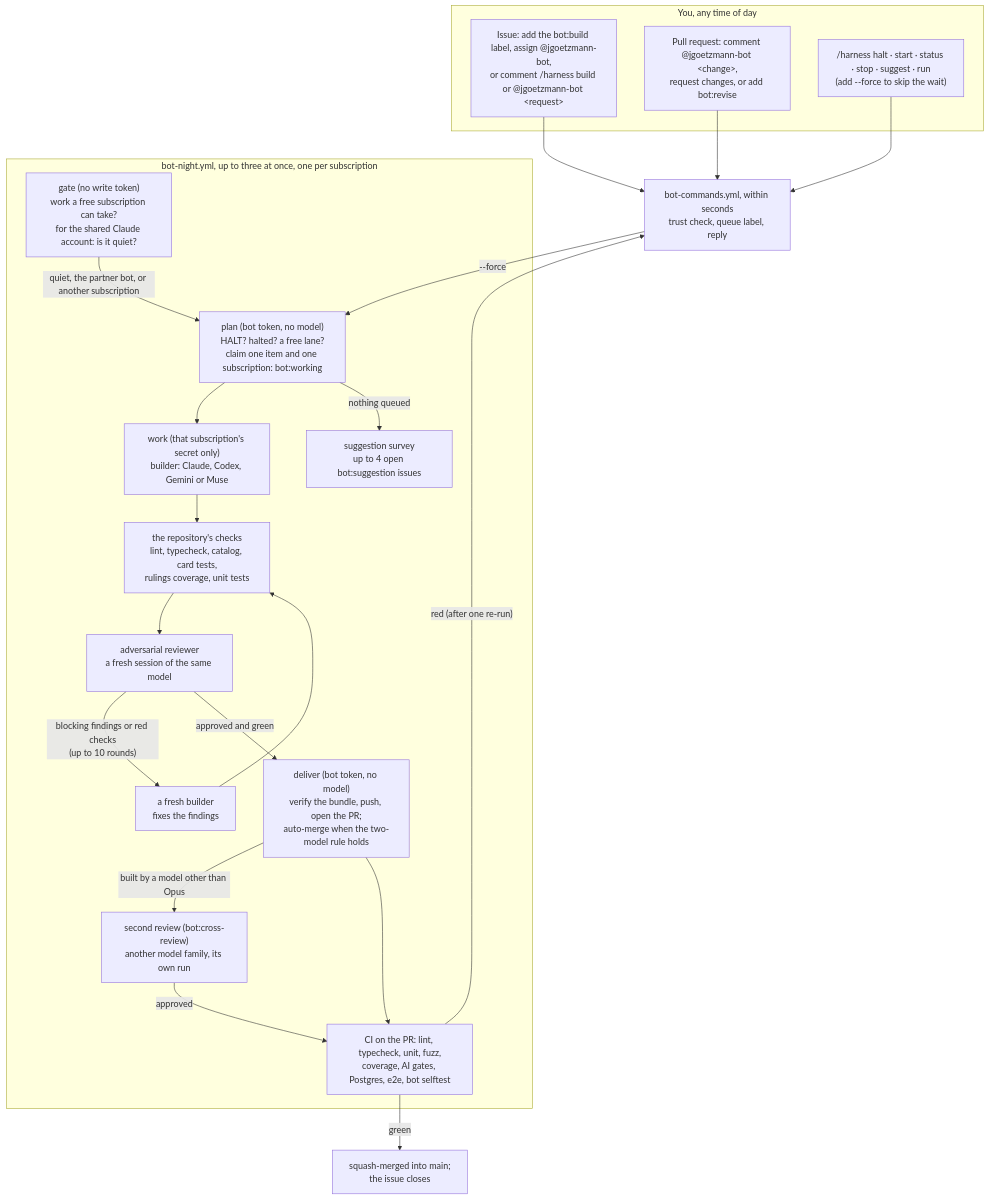
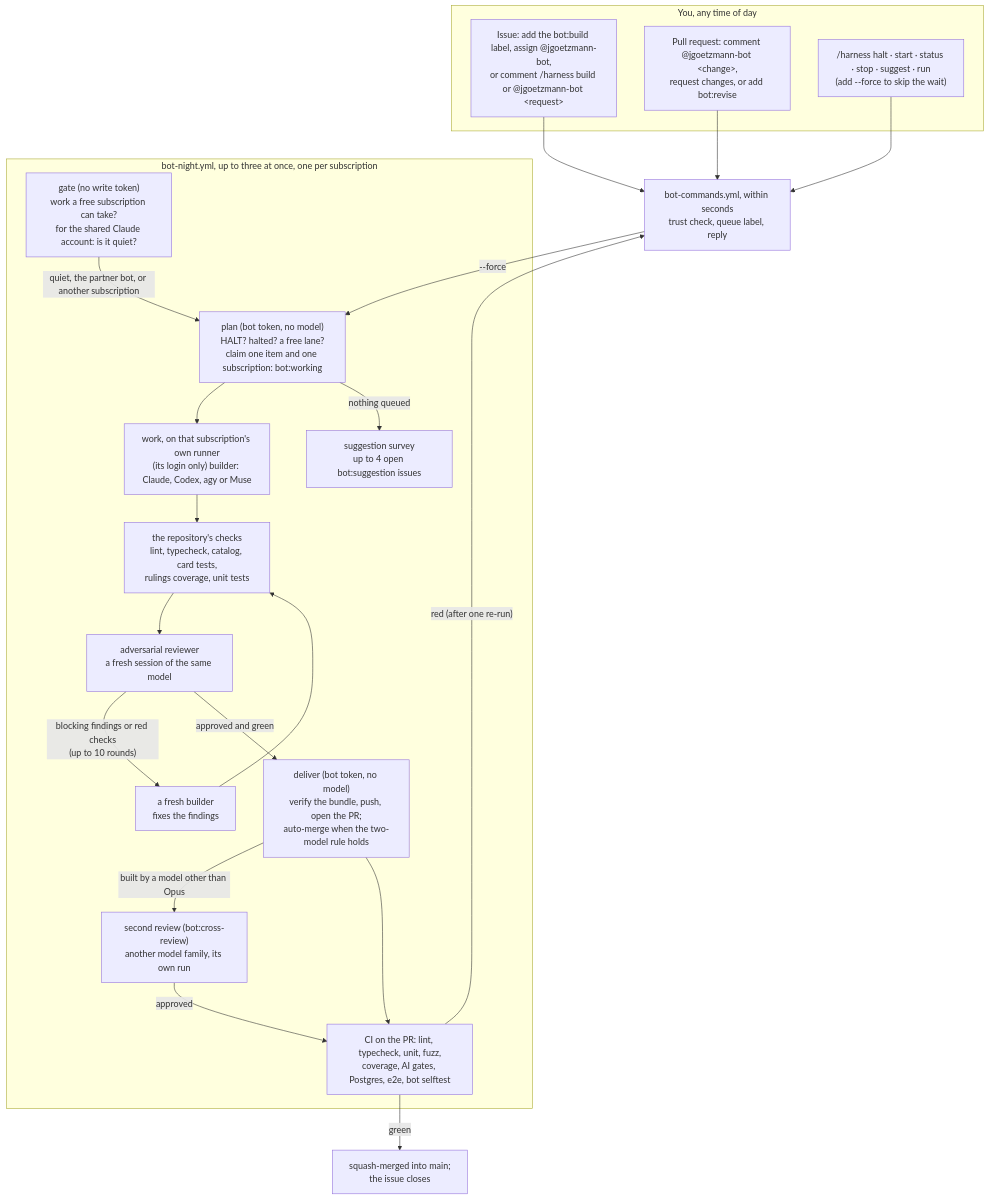
One commit to Jlore-Studios/JackiOh changed the diagram in bot/README.md. Above: the diagram before and after it, drawn with Mermaid. The commit also changed other lines of this file and 27 other files, not shown here.

First line of the commit message:
The night bot's model jobs run on its own machine, one Linux user and runner per subscription

````diff
--- a/bot/README.md
+++ b/bot/README.md
@@ -17,30 +19,30 @@
 ```mermaid
 flowchart TD
   subgraph you["You, any time of day"]
     I["Issue: add the bot:build label, assign @jgoetzmann-bot,<br/>or comment /harness build or @jgoetzmann-bot &lt;request&gt;"]
     P["Pull request: comment @jgoetzmann-bot &lt;change&gt;,<br/>request changes, or add bot:revise"]
     K["/harness halt · start · status · stop · suggest · run<br/>(add --force to skip the wait)"]
   end
   I --> E
   P --> E
   K --> E
   E["bot-commands.yml, within seconds<br/>trust check, queue label, reply"]
   E -- "--force" --> PL
   subgraph night["bot-night.yml, up to three at once, one per subscription"]
     GA["gate (no write token)<br/>work a free subscription can take?<br/>for the shared Claude account: is it quiet?"]
     GA -- "quiet, the partner bot, or another subscription" --> PL
     PL["plan (bot token, no model)<br/>HALT? halted? a free lane?<br/>claim one item and one subscription: bot:working"]
-    PL --> B["work (that subscription's secret only)<br/>builder: Claude, Codex, Gemini or Muse"]
+    PL --> B["work, on that subscription's own runner<br/>(its login only) builder: Claude, Codex, agy or Muse"]
     B --> G["the repository's checks<br/>lint, typecheck, catalog, card tests,<br/>rulings coverage, unit tests"]
     G --> R["adversarial reviewer<br/>a fresh session of the same model"]
     R -- "blocking findings or red checks<br/>(up to 10 rounds)" --> F["a fresh builder<br/>fixes the findings"]
     F --> G
     R -- "approved and green" --> D["deliver (bot token, no model)<br/>verify the bundle, push, open the PR;<br/>auto-merge when the two-model rule holds"]
     D -- "built by a model other than Opus" --> X["second review (bot:cross-review)<br/>another model family, its own run"]
     X -- "approved" --> CI
     PL -- "nothing queued" --> S["suggestion survey<br/>up to 4 open bot:suggestion issues"]
   end
   D --> CI["CI on the PR: lint, typecheck, unit, fuzz,<br/>coverage, AI gates, Postgres, e2e, bot selftest"]
   CI -- "green" --> M["squash-merged into main;<br/>the issue closes"]
   CI -- "red (after one re-run)" --> E
 ```
````
